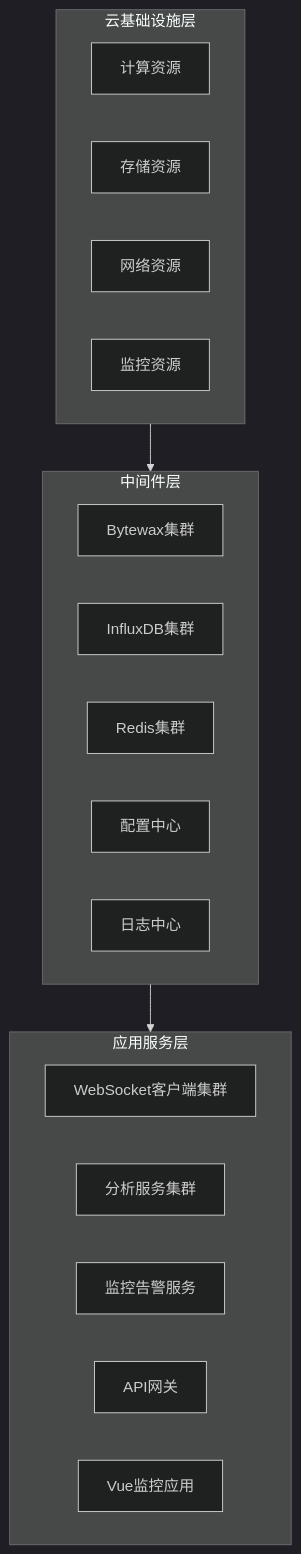
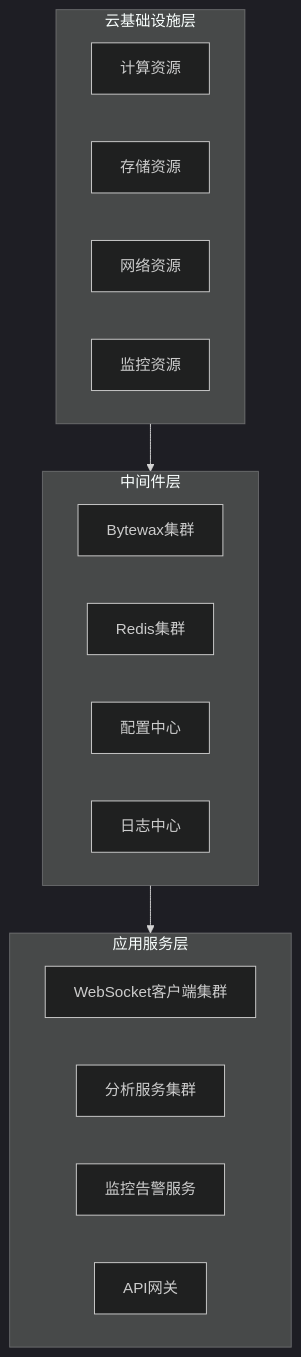
One commit to bidepideyipi/okex-books-buddy changed the third of 5 diagrams in ARCHITECTURE.md. Above: the diagram before and after it, drawn with Mermaid (dark theme). The commit also changed other lines of this file and 3 other files, not shown here.

````diff
--- a/ARCHITECTURE.md
+++ b/ARCHITECTURE.md
@@ -682,28 +581,27 @@
 ```mermaid
 graph TB
     subgraph infra["云基础设施层"]
         I1["计算资源"]
         I2["存储资源"]
         I3["网络资源"]
         I4["监控资源"]
     end
   
     subgraph middleware["中间件层"]
         M1["Bytewax集群"]
-        M2["InfluxDB集群"]
+
         M3["Redis集群"]
         M4["配置中心"]
         M5["日志中心"]
     end
   
     subgraph app["应用服务层"]
         A1["WebSocket客户端集群"]
         A2["分析服务集群"]
         A3["监控告警服务"]
         A4["API网关"]
-        A5["Vue监控应用"]
     end
   
     infra --> middleware
     middleware --> app
 ```
````
